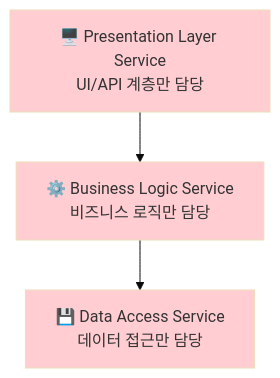
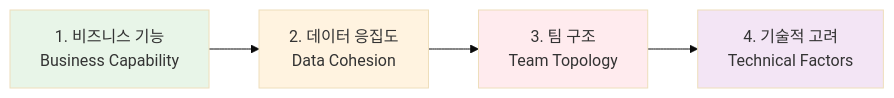
Before and after one commit to niceguy61/kdt_devops_lecture_2025: the third of 5 diagrams in theory/week_04/day1/session_2.md, drawn with Mermaid (base theme). The commit also changed other lines of this file and 5 other files, not shown here.

````diff
--- a/theory/week_04/day1/session_2.md
+++ b/theory/week_04/day1/session_2.md
@@ -446,12 +134,11 @@
 ```mermaid
-graph TB
-    A[🖥️ Presentation Layer Service<br/>UI/API 계층만 담당]
-    B[⚙️ Business Logic Service<br/>비즈니스 로직만 담당]
-    C[💾 Data Access Service<br/>데이터 접근만 담당]
+graph LR
+    A[1. 비즈니스 기능<br/>Business Capability] --> B[2. 데이터 응집도<br/>Data Cohesion]
+    B --> C[3. 팀 구조<br/>Team Topology]
+    C --> D[4. 기술적 고려<br/>Technical Factors]
     
-    A --> B --> C
-    
-    style A fill:#ffcdd2
-    style B fill:#ffcdd2
-    style C fill:#ffcdd2
+    style A fill:#e8f5e8
+    style B fill:#fff3e0
+    style C fill:#ffebee
+    style D fill:#f3e5f5
 ```
````
